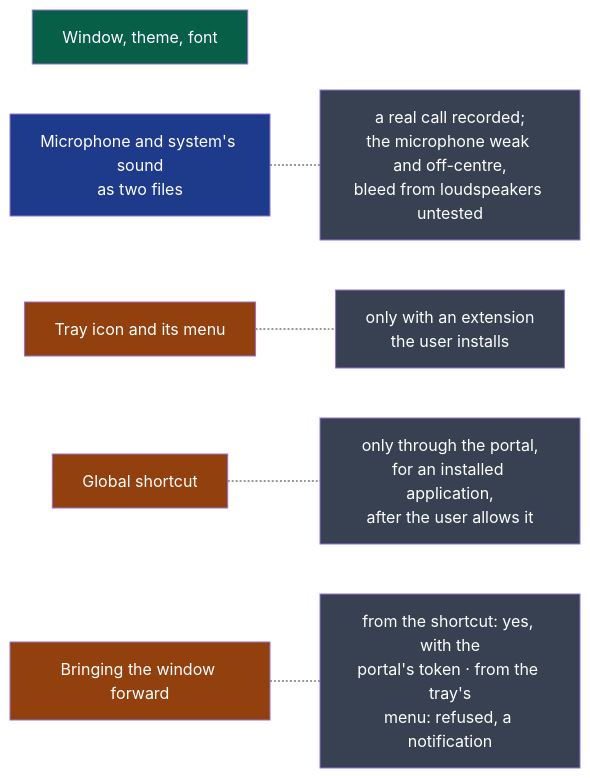
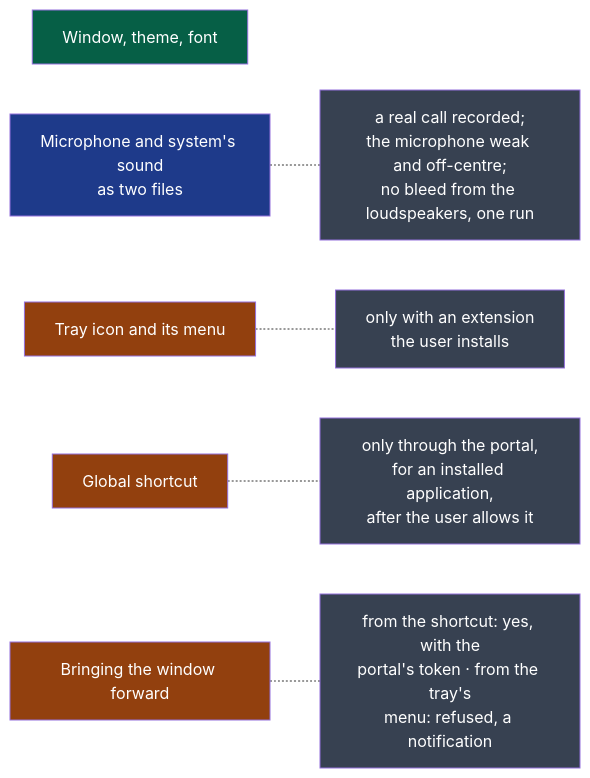
One commit to NapkinStack/wholeheard changed the fourth of 7 diagrams in docs/project/cycles/01-first-meeting-on-three-systems.md. Above: the diagram before and after it, drawn with Mermaid. The commit also changed other lines of this file, not shown here.

Commit message:
D1 — the call was heard on the loudspeakers; the microphone is weak, as usual on this laptop
Claude-Session: https://claude.ai/code/session_01Nv9ZUuUTziBW19VLF3ePk9

````diff
--- a/docs/project/cycles/01-first-meeting-on-three-systems.md
+++ b/docs/project/cycles/01-first-meeting-on-three-systems.md
@@ -174,19 +174,19 @@
 ```mermaid
 flowchart LR
     W["Window, theme, font"]:::yes
     A["Microphone and system's sound<br/>as two files"]:::part
     T["Tray icon and its menu"]:::cond
     K["Global shortcut"]:::cond
     F["Bringing the window forward"]:::cond
 
     T -.- T1["only with an extension<br/>the user installs"]:::note
     K -.- K1["only through the portal,<br/>for an installed application,<br/>after the user allows it"]:::note
     F -.- F1["from the shortcut: yes, with the<br/>portal's token · from the tray's<br/>menu: refused, a notification"]:::note
-    A -.- A1["a real call recorded;<br/>the microphone weak and off-centre,<br/>bleed from loudspeakers untested"]:::note
+    A -.- A1["a real call recorded;<br/>the microphone weak and off-centre;<br/>no bleed from the loudspeakers, one run"]:::note
 
     classDef yes fill:#065f46,color:#fff
     classDef part fill:#1e3a8a,color:#fff
     classDef cond fill:#92400e,color:#fff
     classDef no fill:#7c2d12,color:#fff
     classDef note fill:#374151,color:#fff
 ```
````
